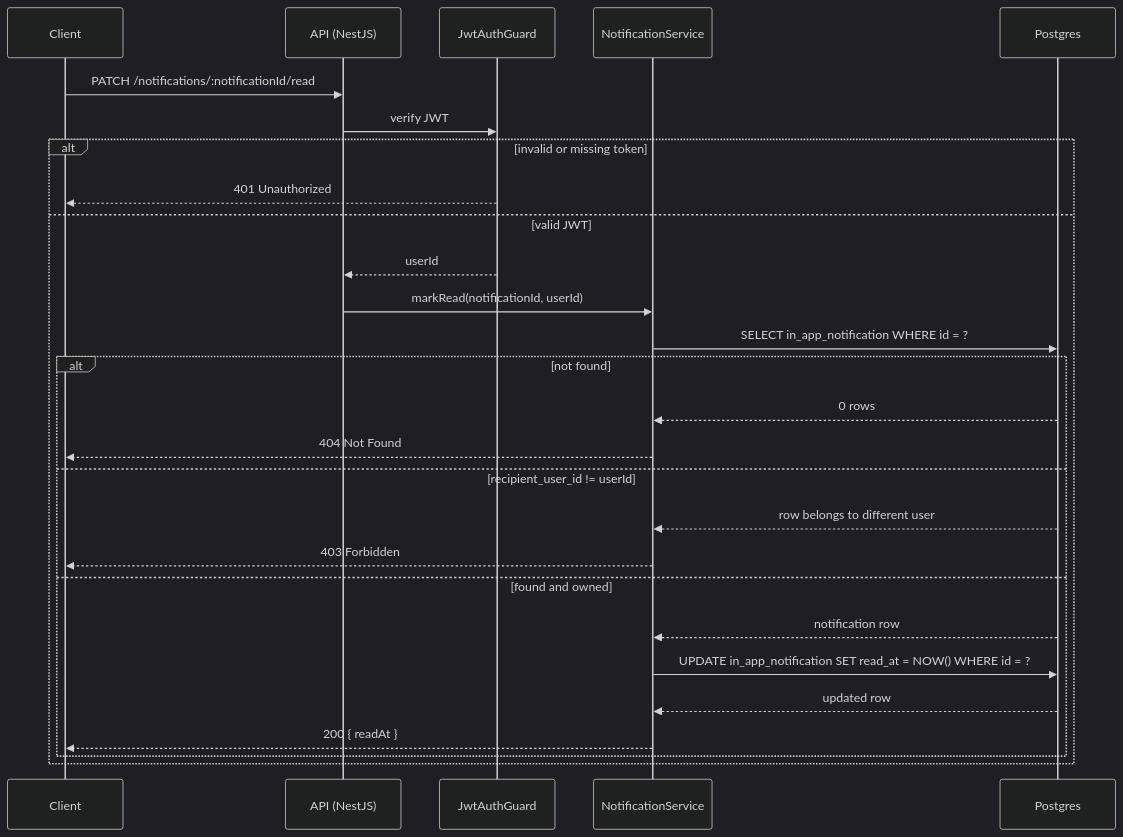
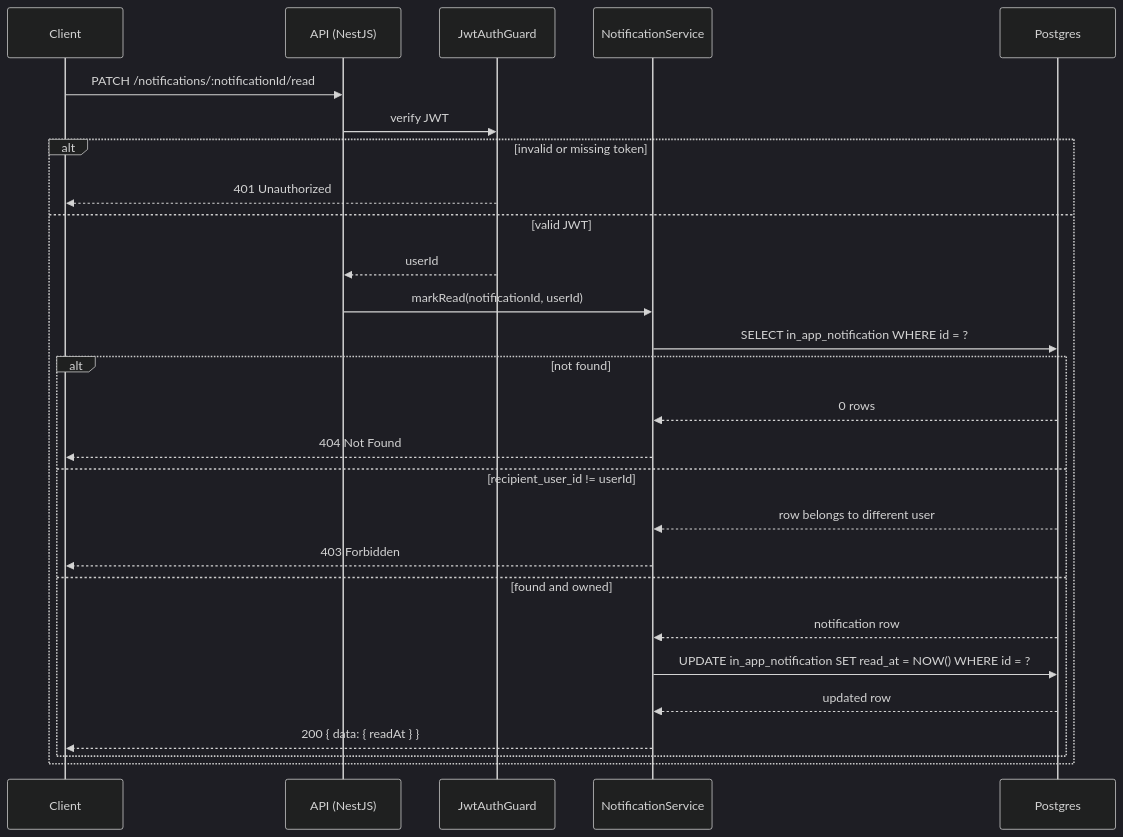
Before and after one commit to alisa-uthi/aliceut-ecom-document: the second of 4 diagrams in phase-1/technical-design/api-design/notifications.md, drawn with Mermaid (dark theme). The commit also changed other lines of this file and 22 other files, not shown here.

````diff
--- a/phase-1/technical-design/api-design/notifications.md
+++ b/phase-1/technical-design/api-design/notifications.md
@@ -95,30 +95,30 @@
 ```mermaid
 sequenceDiagram
     participant C as Client
     participant API as API (NestJS)
     participant JG as JwtAuthGuard
     participant S as NotificationService
     participant PG as Postgres
 
     C->>API: PATCH /notifications/:notificationId/read
     API->>JG: verify JWT
     alt invalid or missing token
         JG-->>C: 401 Unauthorized
     else valid JWT
         JG-->>API: userId
         API->>S: markRead(notificationId, userId)
         S->>PG: SELECT in_app_notification WHERE id = ?
         alt not found
             PG-->>S: 0 rows
             S-->>C: 404 Not Found
         else recipient_user_id != userId
             PG-->>S: row belongs to different user
             S-->>C: 403 Forbidden
         else found and owned
             PG-->>S: notification row
             S->>PG: UPDATE in_app_notification SET read_at = NOW() WHERE id = ?
             PG-->>S: updated row
-            S-->>C: 200 { readAt }
+            S-->>C: 200 { data: { readAt } }
         end
     end
 ```
````
